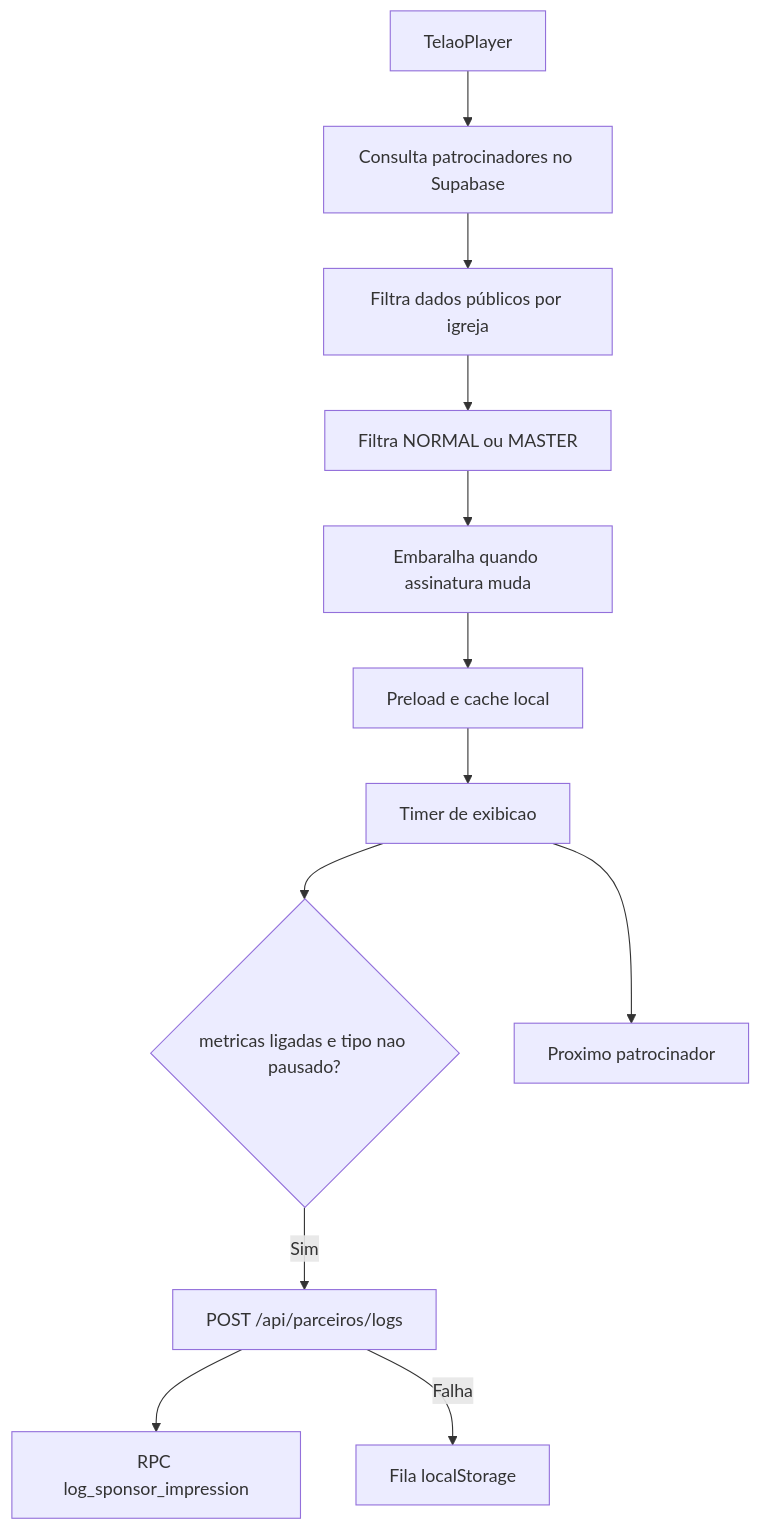
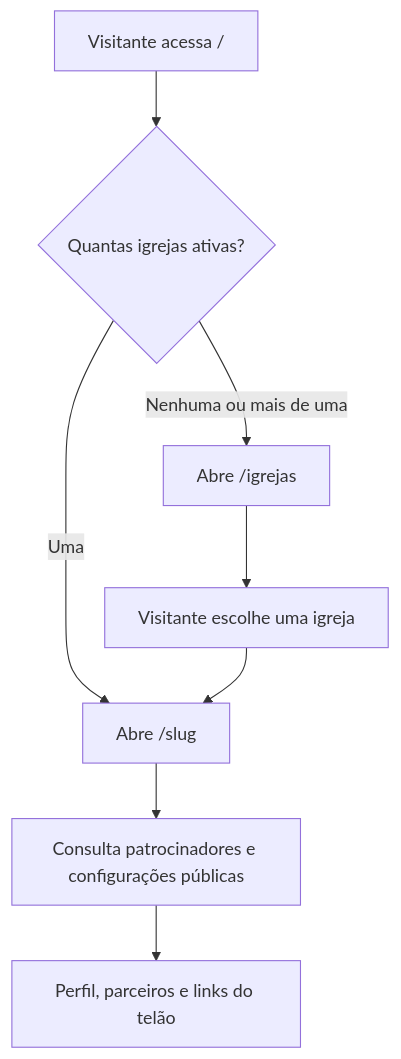
The first of 4 diagrams in docs/fluxos.md (victorpessoa-dev/telao-online), drawn with Mermaid before and after one commit. The commit also changed other lines of this file and 13 other files, not shown here.

````diff
--- a/docs/fluxos.md
+++ b/docs/fluxos.md
@@ -45,14 +5,10 @@
 ```mermaid
 flowchart TD
-  A[TelaoPlayer] --> B[Consulta patrocinadores no Supabase]
-  B --> C[Filtra dados públicos por igreja]
-  C --> D[Filtra NORMAL ou MASTER]
-  D --> E[Embaralha quando assinatura muda]
-  E --> F[Preload e cache local]
-  F --> G[Timer de exibicao]
-  G --> H{metricas ligadas e tipo nao pausado?}
-  H -- Sim --> I[POST /api/parceiros/logs]
-  I --> J[RPC log_sponsor_impression]
-  I -- Falha --> K[Fila localStorage]
-  G --> L[Proximo patrocinador]
+  A[Visitante acessa /] --> B{Quantas igrejas ativas?}
+  B -- Uma --> C[Abre /slug]
+  B -- Nenhuma ou mais de uma --> D[Abre /igrejas]
+  D --> E[Visitante escolhe uma igreja]
+  E --> C
+  C --> F[Consulta patrocinadores e configurações públicas]
+  F --> G[Perfil, parceiros e links do telão]
 ```
````
